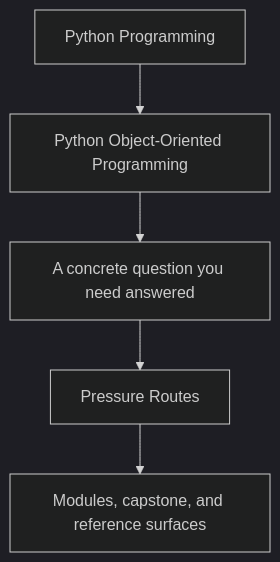
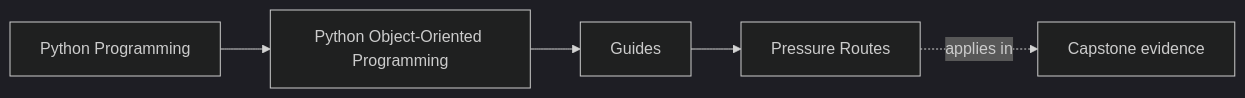
One commit to bijux/bijux-masterclass changed the first of 2 diagrams in programs/python-programming/python-object-oriented-programming/course-book/guides/pressure-routes.md. Above: the diagram before and after it, drawn with Mermaid (dark theme). The commit also changed other lines of this file and 65 other files, not shown here.

Commit message:
docs(python-object-oriented-programming): map object model and design foundations

````diff
--- a/programs/python-programming/python-object-oriented-programming/course-book/guides/pressure-routes.md
+++ b/programs/python-programming/python-object-oriented-programming/course-book/guides/pressure-routes.md
@@ -7,7 +7,11 @@
 ```mermaid
-flowchart TD
-  family["Python Programming"] --> program["Python Object-Oriented Programming"]
-  program --> pressure["A concrete question you need answered"]
-  pressure --> guide["Pressure Routes"]
-  guide --> next["Modules, capstone, and reference surfaces"]
+graph LR
+  family["Python Programming"]
+  program["Python Object-Oriented Programming"]
+  section["Guides"]
+  page["Pressure Routes"]
+  capstone["Capstone evidence"]
+
+  family --> program --> section --> page
+  page -.applies in.-> capstone
 ```
````
